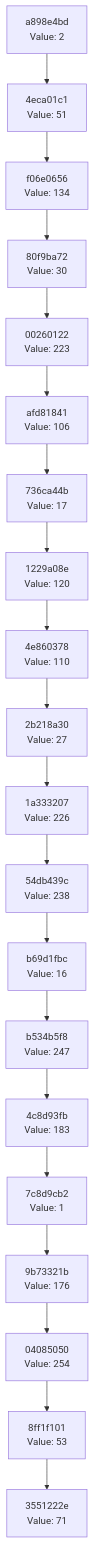
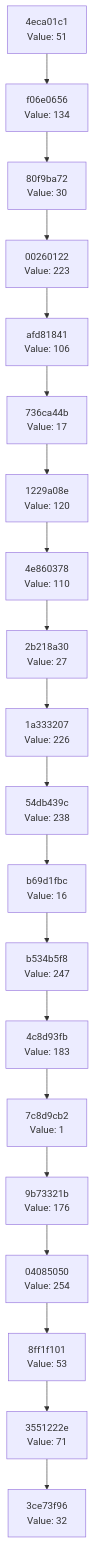
The diagram in docs/CHAIN_VISUALIZATION.md (Abhisheksinha1506/hash-chain-evolver), drawn with Mermaid before and after one commit. The commit also changed 3 other files, not shown here.

````diff
--- a/docs/CHAIN_VISUALIZATION.md
+++ b/docs/CHAIN_VISUALIZATION.md
@@ -3,42 +3,42 @@
 ```mermaid
 graph TD
-    C0["3551222e<br/>Value: 71"]
-    C1["8ff1f101<br/>Value: 53"]
+    C0["3ce73f96<br/>Value: 32"]
+    C1["3551222e<br/>Value: 71"]
     C1 --> C0
-    C2["04085050<br/>Value: 254"]
+    C2["8ff1f101<br/>Value: 53"]
     C2 --> C1
-    C3["9b73321b<br/>Value: 176"]
+    C3["04085050<br/>Value: 254"]
     C3 --> C2
-    C4["7c8d9cb2<br/>Value: 1"]
+    C4["9b73321b<br/>Value: 176"]
     C4 --> C3
-    C5["4c8d93fb<br/>Value: 183"]
+    C5["7c8d9cb2<br/>Value: 1"]
     C5 --> C4
-    C6["b534b5f8<br/>Value: 247"]
+    C6["4c8d93fb<br/>Value: 183"]
     C6 --> C5
-    C7["b69d1fbc<br/>Value: 16"]
+    C7["b534b5f8<br/>Value: 247"]
     C7 --> C6
-    C8["54db439c<br/>Value: 238"]
+    C8["b69d1fbc<br/>Value: 16"]
     C8 --> C7
-    C9["1a333207<br/>Value: 226"]
+    C9["54db439c<br/>Value: 238"]
     C9 --> C8
-    C10["2b218a30<br/>Value: 27"]
+    C10["1a333207<br/>Value: 226"]
     C10 --> C9
-    C11["4e860378<br/>Value: 110"]
+    C11["2b218a30<br/>Value: 27"]
     C11 --> C10
-    C12["1229a08e<br/>Value: 120"]
+    C12["4e860378<br/>Value: 110"]
     C12 --> C11
-    C13["736ca44b<br/>Value: 17"]
+    C13["1229a08e<br/>Value: 120"]
     C13 --> C12
-    C14["afd81841<br/>Value: 106"]
+    C14["736ca44b<br/>Value: 17"]
     C14 --> C13
-    C15["00260122<br/>Value: 223"]
+    C15["afd81841<br/>Value: 106"]
     C15 --> C14
-    C16["80f9ba72<br/>Value: 30"]
+    C16["00260122<br/>Value: 223"]
     C16 --> C15
-    C17["f06e0656<br/>Value: 134"]
+    C17["80f9ba72<br/>Value: 30"]
     C17 --> C16
-    C18["4eca01c1<br/>Value: 51"]
+    C18["f06e0656<br/>Value: 134"]
     C18 --> C17
-    C19["a898e4bd<br/>Value: 2"]
+    C19["4eca01c1<br/>Value: 51"]
     C19 --> C18
 ```
````
